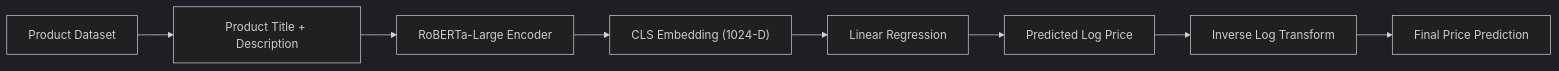
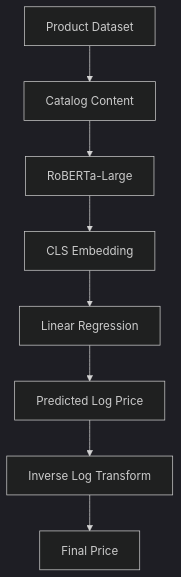
One commit to hiten016/MLChallenge2025 changed the first of 2 diagrams in README.md. Above: the diagram before and after it, drawn with Mermaid (dark theme).

````diff
--- a/README.md
+++ b/README.md
@@ -11,12 +11,18 @@
 ```mermaid
-flowchart LR
+   flowchart TD
+    A["Product Dataset"]
 
-    A["Product Dataset"]
-    --> B["Product Title + Description"]
-    --> C["RoBERTa-Large Encoder"]
-    --> D["CLS Embedding (1024-D)"]
-    --> E["Linear Regression"]
-    --> F["Predicted Log Price"]
-    --> G["Inverse Log Transform"]
-    --> H["Final Price Prediction"]
+    A --> B["Catalog Content"]
+
+    B --> C["RoBERTa-Large"]
+
+    C --> D["CLS Embedding"]
+
+    D --> E["Linear Regression"]
+
+    E --> F["Predicted Log Price"]
+
+    F --> G["Inverse Log Transform"]
+
+    G --> H["Final Price"]
 ```
````
